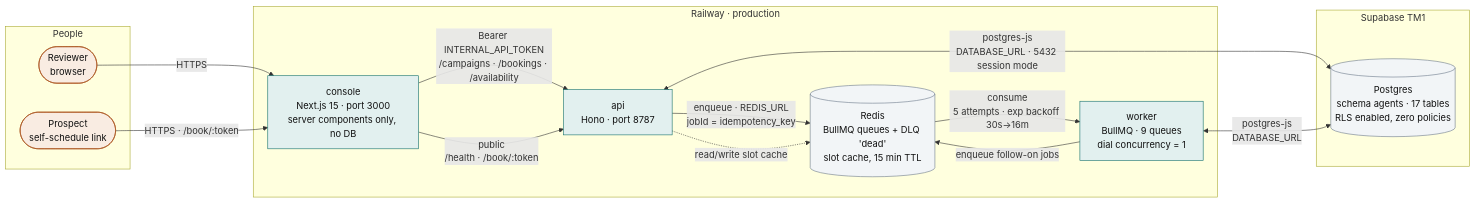
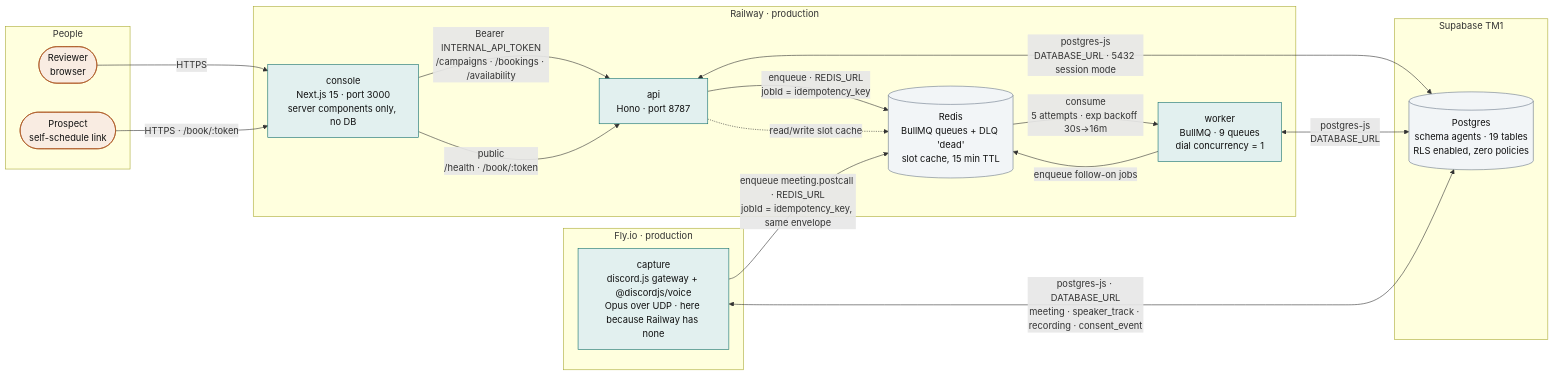
One commit to MAKaminski/tm-voice changed the first of 7 diagrams in docs/ARCHITECTURE.md. Above: the diagram before and after it, drawn with Mermaid. The commit also changed other lines of this file and 3 other files, not shown here.

````diff
--- a/docs/ARCHITECTURE.md
+++ b/docs/ARCHITECTURE.md
@@ -23,33 +23,39 @@
 ```mermaid
 flowchart LR
   classDef svc fill:#e2f0ef,stroke:#0e6d6a,color:#111
   classDef store fill:#f2f5f7,stroke:#6b788a,color:#111
   classDef human fill:#f9ece2,stroke:#a8501a,color:#111
 
   subgraph people["People"]
     reviewer(["Reviewer<br/>browser"]):::human
     booker(["Prospect<br/>self-schedule link"]):::human
   end
 
   subgraph railway["Railway · production"]
     console["console<br/>Next.js 15 · port 3000<br/>server components only, no DB"]:::svc
     api["api<br/>Hono · port 8787"]:::svc
     worker["worker<br/>BullMQ · 9 queues<br/>dial concurrency = 1"]:::svc
     redis[("Redis<br/>BullMQ queues + DLQ 'dead'<br/>slot cache, 15 min TTL")]:::store
   end
 
+  subgraph fly["Fly.io · production"]
+    capture["capture<br/>discord.js gateway + @discordjs/voice<br/>Opus over UDP · here because Railway has none"]:::svc
+  end
+
   subgraph supabase["Supabase TM1"]
-    pg[("Postgres<br/>schema agents · 17 tables<br/>RLS enabled, zero policies")]:::store
+    pg[("Postgres<br/>schema agents · 19 tables<br/>RLS enabled, zero policies")]:::store
   end
 
   reviewer -->|"HTTPS"| console
   booker -->|"HTTPS · /book/:token"| console
   console -->|"Bearer INTERNAL_API_TOKEN<br/>/campaigns · /bookings · /availability"| api
   console -->|"public<br/>/health · /book/:token"| api
   api <-->|"postgres-js<br/>DATABASE_URL · 5432 session mode"| pg
   worker <-->|"postgres-js<br/>DATABASE_URL"| pg
   api -->|"enqueue · REDIS_URL<br/>jobId = idempotency_key"| redis
   redis -->|"consume<br/>5 attempts · exp backoff 30s→16m"| worker
   worker -->|"enqueue follow-on jobs"| redis
   api -.->|"read/write slot cache"| redis
+  capture -->|"enqueue meeting.postcall · REDIS_URL<br/>jobId = idempotency_key, same envelope"| redis
+  capture <-->|"postgres-js · DATABASE_URL<br/>meeting · speaker_track · recording · consent_event"| pg
 ```
````
